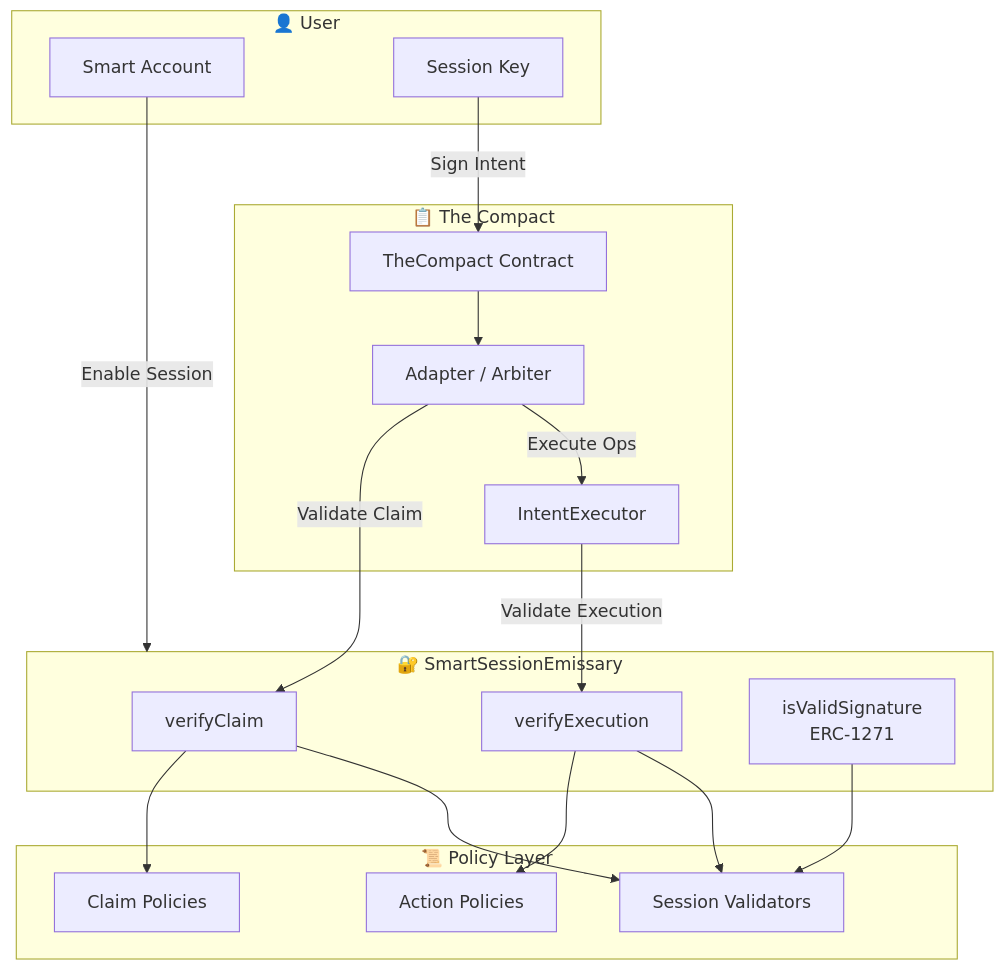
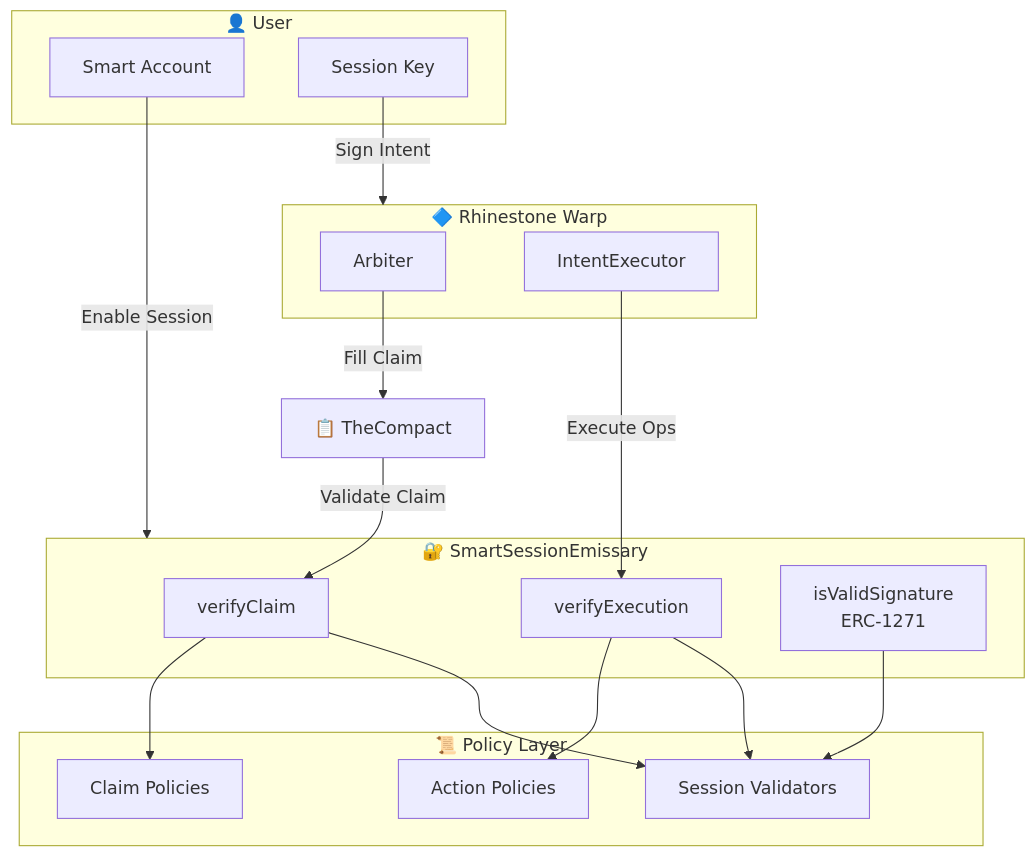
The first of 6 diagrams in README.md (rhinestonewtf/smart-sessions-v2), drawn with Mermaid before and after one commit. The commit also changed other lines of this file, not shown here.

Commit message:
docs: update diagram

````diff
--- a/README.md
+++ b/README.md
@@ -42,40 +42,40 @@
 ```mermaid
 flowchart TB
     subgraph User["👤 User"]
         SA[Smart Account]
         SK[Session Key]
     end
 
-    subgraph Compact["📋 The Compact"]
-        TC[TheCompact Contract]
-        AD[Adapter / Arbiter]
+    subgraph Warp["🔷 Rhinestone Warp"]
+        ARB[Arbiter]
         IE[IntentExecutor]
     end
+
+    TC[📋 TheCompact]
 
     subgraph Emissary["🔐 SmartSessionEmissary"]
         VC[verifyClaim]
         VE[verifyExecution]
         IS[isValidSignature<br/>ERC-1271]
     end
 
     subgraph Policies["📜 Policy Layer"]
         CP[Claim Policies]
         AP[Action Policies]
         SV[Session Validators]
     end
 
     SA -->|"Enable Session"| Emissary
-    SK -->|"Sign Intent"| TC
+    SK -->|"Sign Intent"| Warp
 
-    TC --> AD
-    AD -->|"Validate Claim"| VC
-    AD -->|"Execute Ops"| IE
-    IE -->|"Validate Execution"| VE
+    ARB -->|"Fill Claim"| TC
+    TC -->|"Validate Claim"| VC
+    IE -->|"Execute Ops"| VE
 
     VC --> CP
     VC --> SV
     VE --> AP
     VE --> SV
 
     IS --> SV
 ```
````
